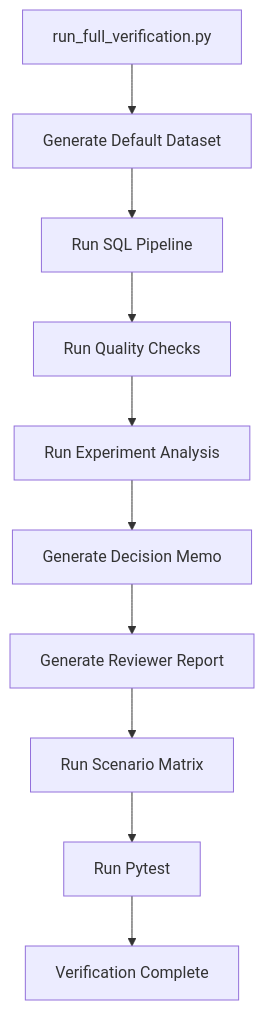
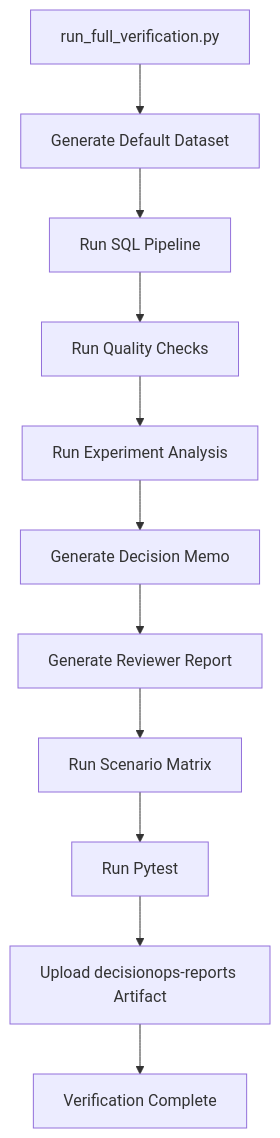
Before and after one commit to dffxonnb-cyber/DecisionOps-lab: the fifth of 5 diagrams in docs/ARCHITECTURE_DIAGRAM.md, drawn with Mermaid. The commit also changed other lines of this file and 1 other file, not shown here.

First line of the commit message:
Refresh case study and architecture docs for V2

````diff
--- a/docs/ARCHITECTURE_DIAGRAM.md
+++ b/docs/ARCHITECTURE_DIAGRAM.md
@@ -94,12 +105,13 @@
 ```mermaid
 flowchart TD
     A[run_full_verification.py] --> B[Generate Default Dataset]
     B --> C[Run SQL Pipeline]
     C --> D[Run Quality Checks]
     D --> E[Run Experiment Analysis]
     E --> F[Generate Decision Memo]
     F --> G[Generate Reviewer Report]
     G --> H[Run Scenario Matrix]
     H --> I[Run Pytest]
-    I --> J[Verification Complete]
+    I --> J[Upload decisionops-reports Artifact]
+    J --> K[Verification Complete]
 ```
````
